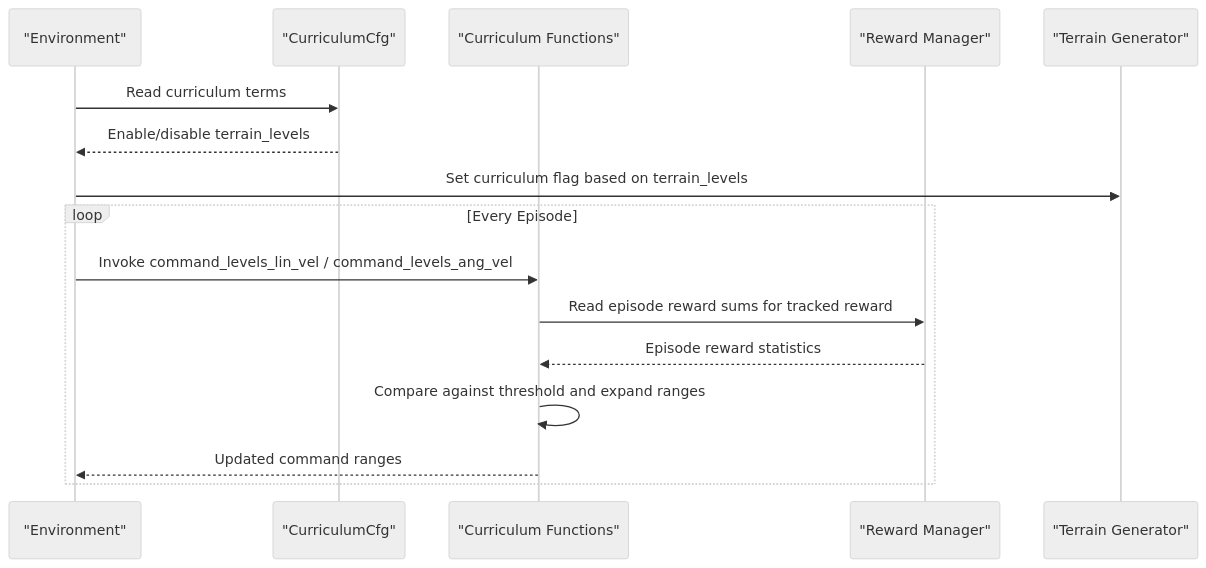
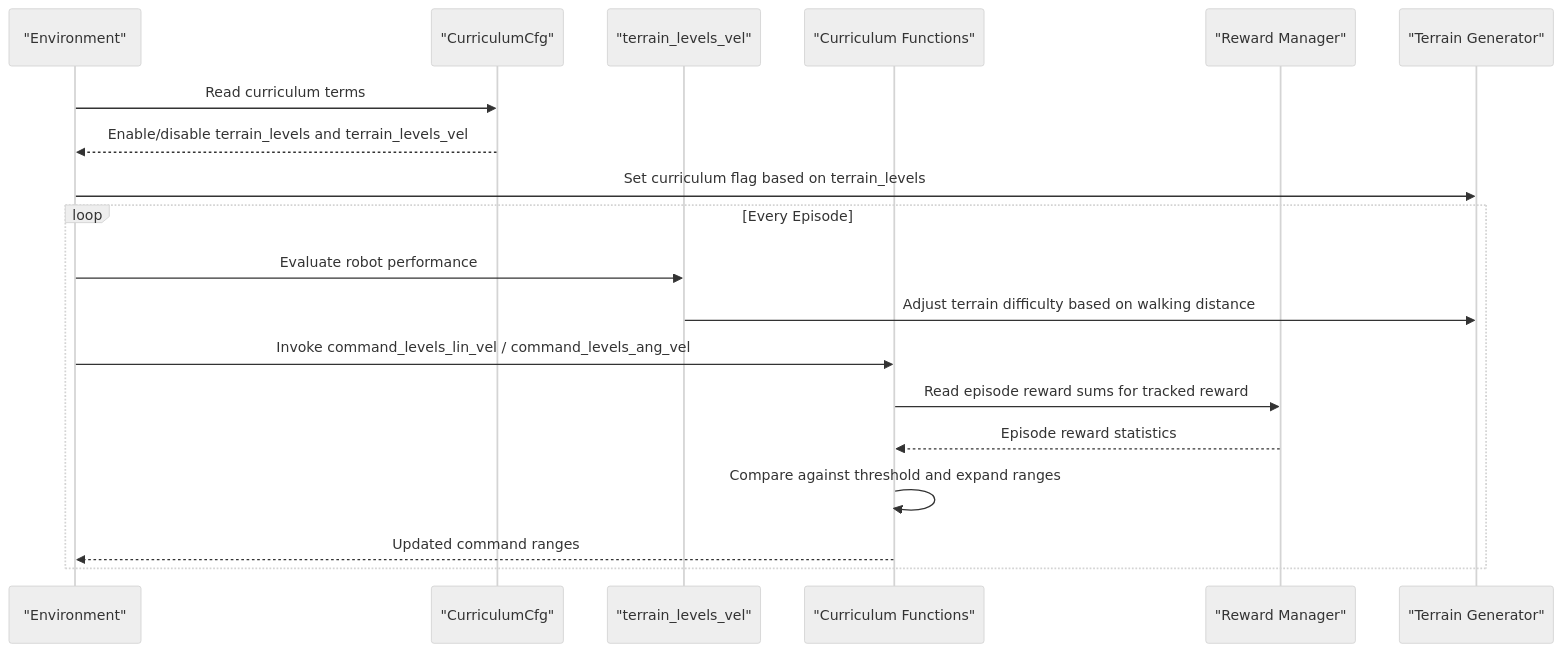
Before and after one commit to jayjayhust/robot_lab: the second of 8 diagrams in .qoder/repowiki/en/content/Task Configuration Framework/Velocity-Based Locomotion Tasks/Curriculum Learning and Difficulty Progression.md, drawn with Mermaid (neutral theme). The commit also changed other lines of this file and 168 other files, not shown here.

````diff
--- a/.qoder/repowiki/en/content/Task Configuration Framework/Velocity-Based Locomotion Tasks/Curriculum Learning and Difficulty Progression.md
+++ b/.qoder/repowiki/en/content/Task Configuration Framework/Velocity-Based Locomotion Tasks/Curriculum Learning and Difficulty Progression.md
@@ -81,18 +102,21 @@
 ```mermaid
 sequenceDiagram
 participant Env as "Environment"
 participant Cfg as "CurriculumCfg"
+participant TVel as "terrain_levels_vel"
 participant Cmd as "Curriculum Functions"
 participant RM as "Reward Manager"
 participant TG as "Terrain Generator"
 Env->>Cfg : Read curriculum terms
-Cfg-->>Env : Enable/disable terrain_levels
+Cfg-->>Env : Enable/disable terrain_levels and terrain_levels_vel
 Env->>TG : Set curriculum flag based on terrain_levels
 loop Every Episode
+Env->>TVel : Evaluate robot performance
+TVel->>TG : Adjust terrain difficulty based on walking distance
 Env->>Cmd : Invoke command_levels_lin_vel / command_levels_ang_vel
 Cmd->>RM : Read episode reward sums for tracked reward
 RM-->>Cmd : Episode reward statistics
 Cmd->>Cmd : Compare against threshold and expand ranges
 Cmd-->>Env : Updated command ranges
 end
 ```
````
